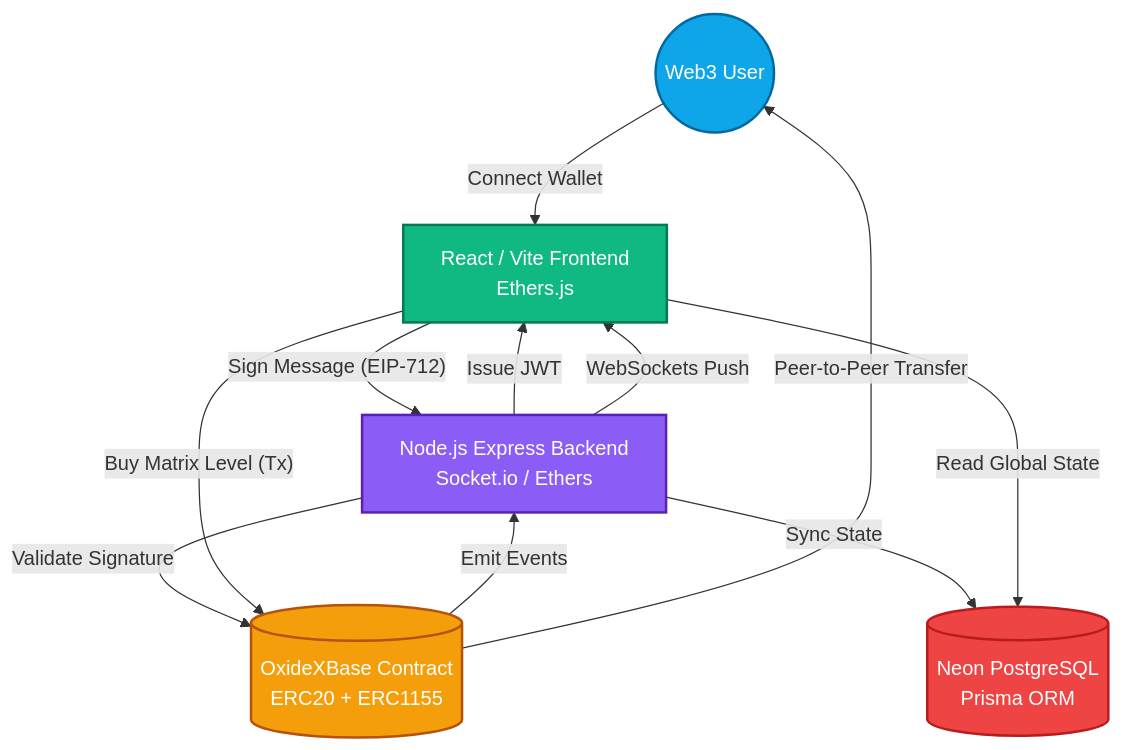
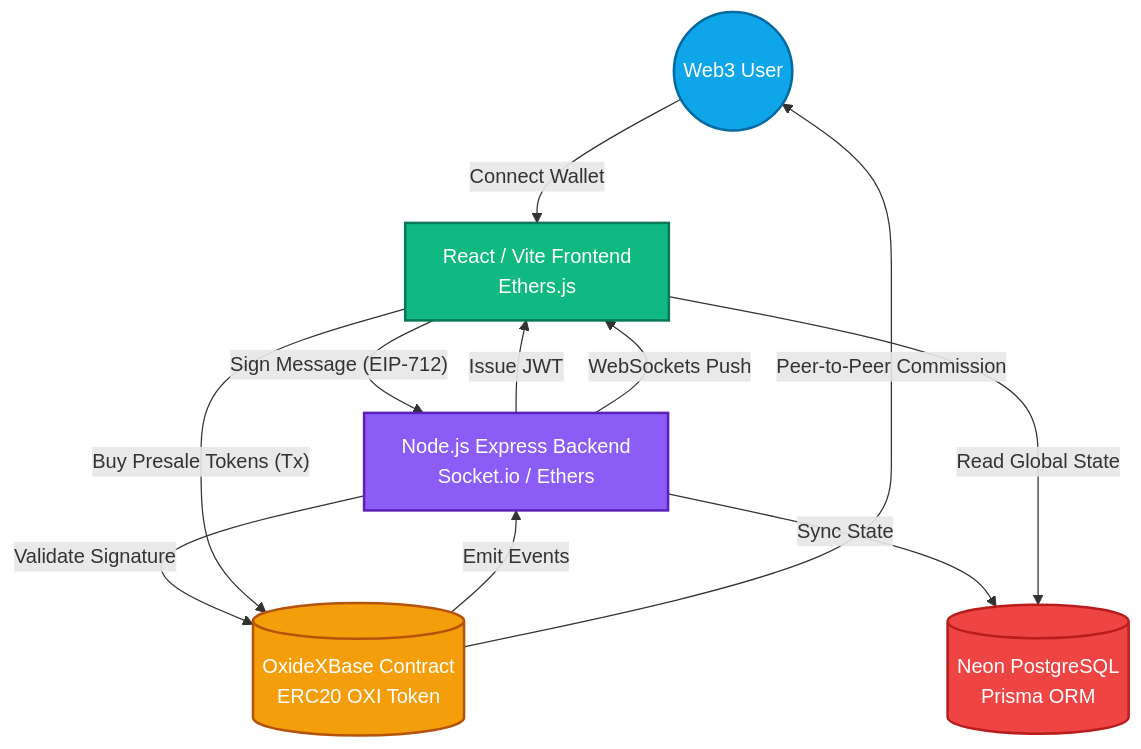
One commit to CHIRAYU-365/OXIDEX changed the first of 3 diagrams in README.md. Above: the diagram before and after it, drawn with Mermaid. The commit also changed other lines of this file and 13 other files, not shown here.

````diff
--- a/README.md
+++ b/README.md
@@ -30,28 +30,28 @@
 ```mermaid
 graph TD
     %% Styling
     classDef user fill:#0ea5e9,stroke:#0369a1,stroke-width:2px,color:#fff
     classDef frontend fill:#10b981,stroke:#047857,stroke-width:2px,color:#fff
     classDef backend fill:#8b5cf6,stroke:#5b21b6,stroke-width:2px,color:#fff
     classDef blockchain fill:#f59e0b,stroke:#b45309,stroke-width:2px,color:#fff
     classDef db fill:#ef4444,stroke:#b91c1c,stroke-width:2px,color:#fff
 
     %% Nodes
     U((Web3 User)):::user
     F[React / Vite Frontend\nEthers.js]:::frontend
     B[Node.js Express Backend\nSocket.io / Ethers]:::backend
     DB[(Neon PostgreSQL\nPrisma ORM)]:::db
-    SC[(OxideXBase Contract\nERC20 + ERC1155)]:::blockchain
+    SC[(OxideXBase Contract\nERC20 OXI Token)]:::blockchain
 
     %% Edges
     U -- "Connect Wallet" --> F
     F -- "Sign Message (EIP-712)" --> B
     B -- "Validate Signature" --> SC
     B -- "Issue JWT" --> F
-    F -- "Buy Matrix Level (Tx)" --> SC
+    F -- "Buy Presale Tokens (Tx)" --> SC
     SC -- "Emit Events" --> B
     B -- "Sync State" --> DB
     B -- "WebSockets Push" --> F
     F -- "Read Global State" --> DB
-    SC -- "Peer-to-Peer Transfer" --> U
+    SC -- "Peer-to-Peer Commission" --> U
 ```
````
